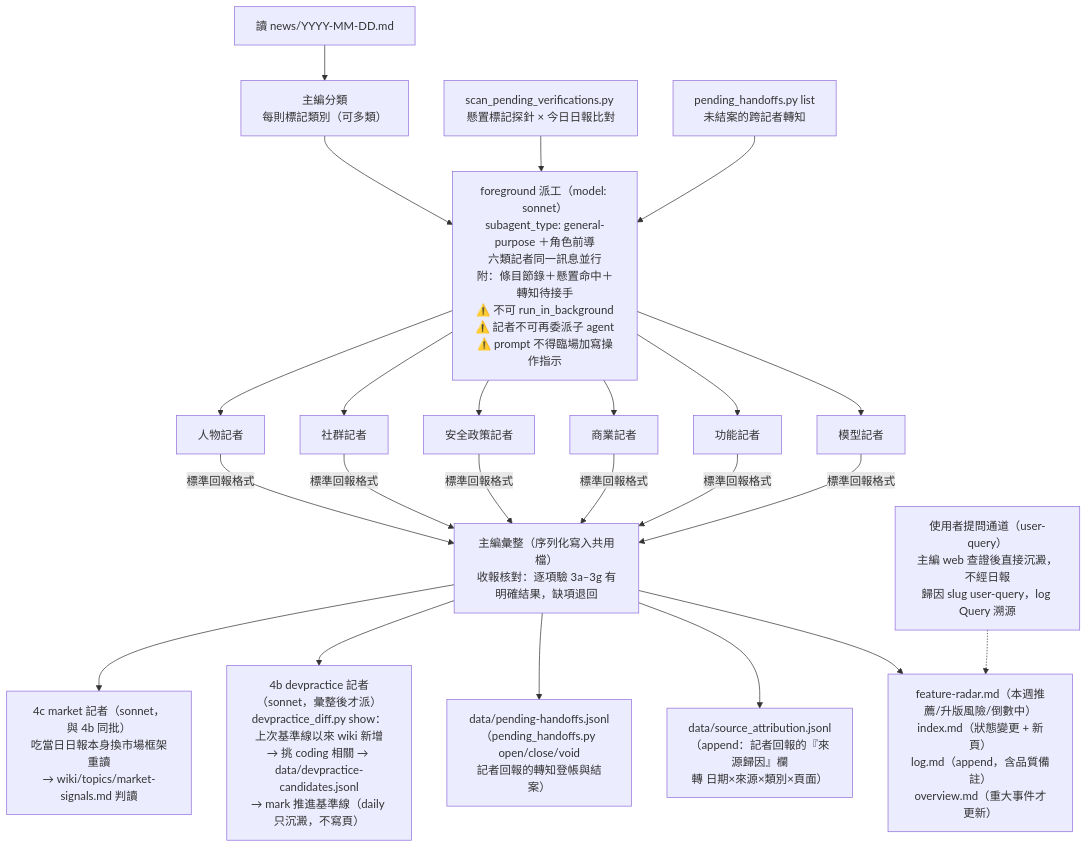
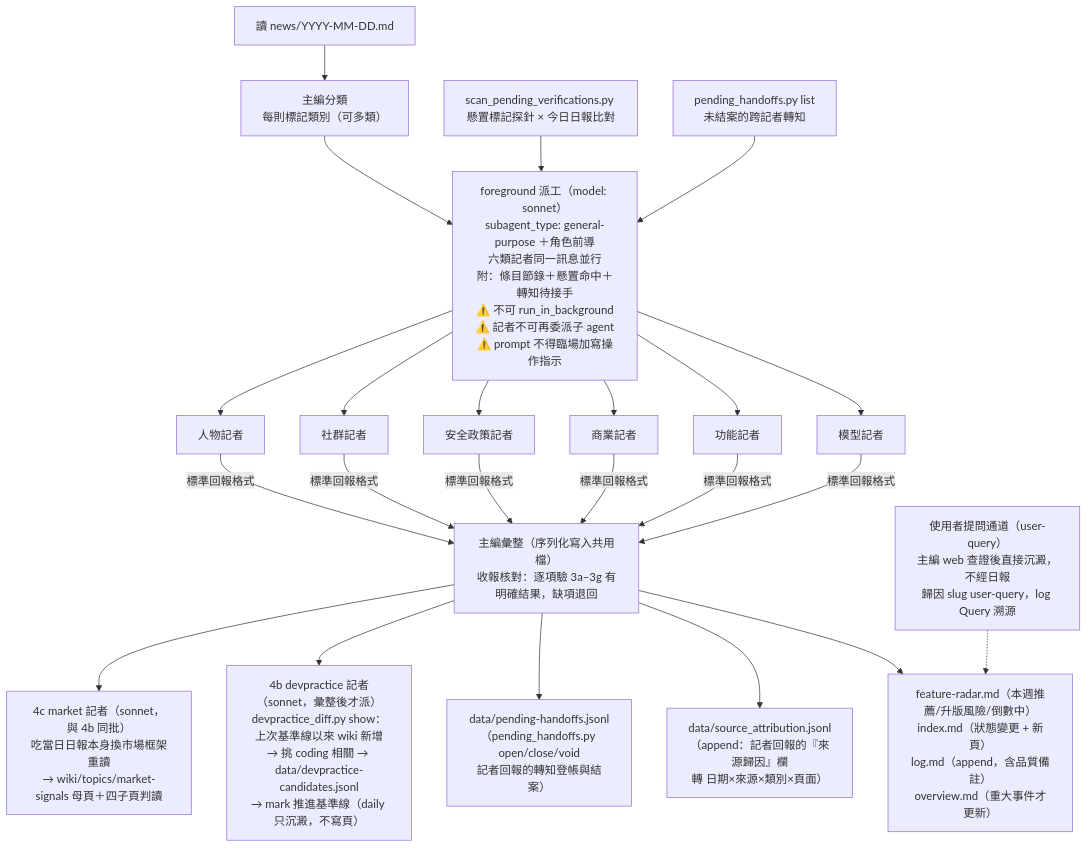
The fourth of 9 diagrams in src/DesignDocument/Design Diagram.md (mandy82477/claude-news), drawn with Mermaid before and after one commit. The commit also changed 26 other files, not shown here.

First line of the commit message:
wiki: 第 22 波 market-signals 拆成母頁＋四子頁（ipo／legal／compute／customers）

````diff
--- a/src/DesignDocument/Design Diagram.md
+++ b/src/DesignDocument/Design Diagram.md
@@ -154,30 +154,30 @@
 ```mermaid
 flowchart TD
     NEWS["讀 news/YYYY-MM-DD.md"] --> CLASSIFY
 
     CLASSIFY["主編分類\n每則標記類別（可多類）"] --> DISPATCH
 
     SCAN["scan_pending_verifications.py <date>\n懸置標記探針 × 今日日報比對"] --> DISPATCH
     HANDIN["pending_handoffs.py list\n未結案的跨記者轉知"] --> DISPATCH
 
     DISPATCH["foreground 派工（model: sonnet）\nsubagent_type: general-purpose ＋角色前導\n六類記者同一訊息並行\n附：條目節錄＋懸置命中＋轉知待接手\n⚠️ 不可 run_in_background\n⚠️ 記者不可再委派子 agent\n⚠️ prompt 不得臨場加寫操作指示"]
 
     DISPATCH --> R1 & R2 & R3 & R4 & R5 & R6
 
     R1["模型記者"]
     R2["功能記者"]
     R3["商業記者"]
     R4["安全政策記者"]
     R5["社群記者"]
     R6["人物記者"]
 
     R1 & R2 & R3 & R4 & R5 & R6 -->|標準回報格式| CONSOLIDATE
 
     CONSOLIDATE["主編彙整（序列化寫入共用檔）\n收報核對：逐項驗 3a–3g 有明確結果，缺項退回"]
     CONSOLIDATE --> SHARED["feature-radar.md（本週推薦/升版風險/倒數中）\nindex.md（狀態變更 + 新頁）\nlog.md（append，含品質備註）\noverview.md（重大事件才更新）"]
     CONSOLIDATE --> LEDGER["data/source_attribution.jsonl\n（append：記者回報的『來源歸因』欄\n轉 日期×來源×類別×頁面）"]
     CONSOLIDATE --> HAND["data/pending-handoffs.jsonl\n（pending_handoffs.py open/close/void\n記者回報的轉知登帳與結案）"]
     CONSOLIDATE --> DEVP["4b devpractice 記者（sonnet，彙整後才派）\ndevpractice_diff.py show：上次基準線以來 wiki 新增\n→ 挑 coding 相關 → data/devpractice-candidates.jsonl\n→ mark 推進基準線（daily 只沉澱，不寫頁）"]
-    CONSOLIDATE --> MARKET["4c market 記者（sonnet，與 4b 同批）\n吃當日日報本身換市場框架重讀\n→ wiki/topics/market-signals.md 判讀"]
+    CONSOLIDATE --> MARKET["4c market 記者（sonnet，與 4b 同批）\n吃當日日報本身換市場框架重讀\n→ wiki/topics/market-signals 母頁＋四子頁判讀"]
     USERQ["使用者提問通道（user-query）\n主編 web 查證後直接沉澱，不經日報\n歸因 slug user-query，log Query 溯源"] -.-> SHARED
 ```
````
